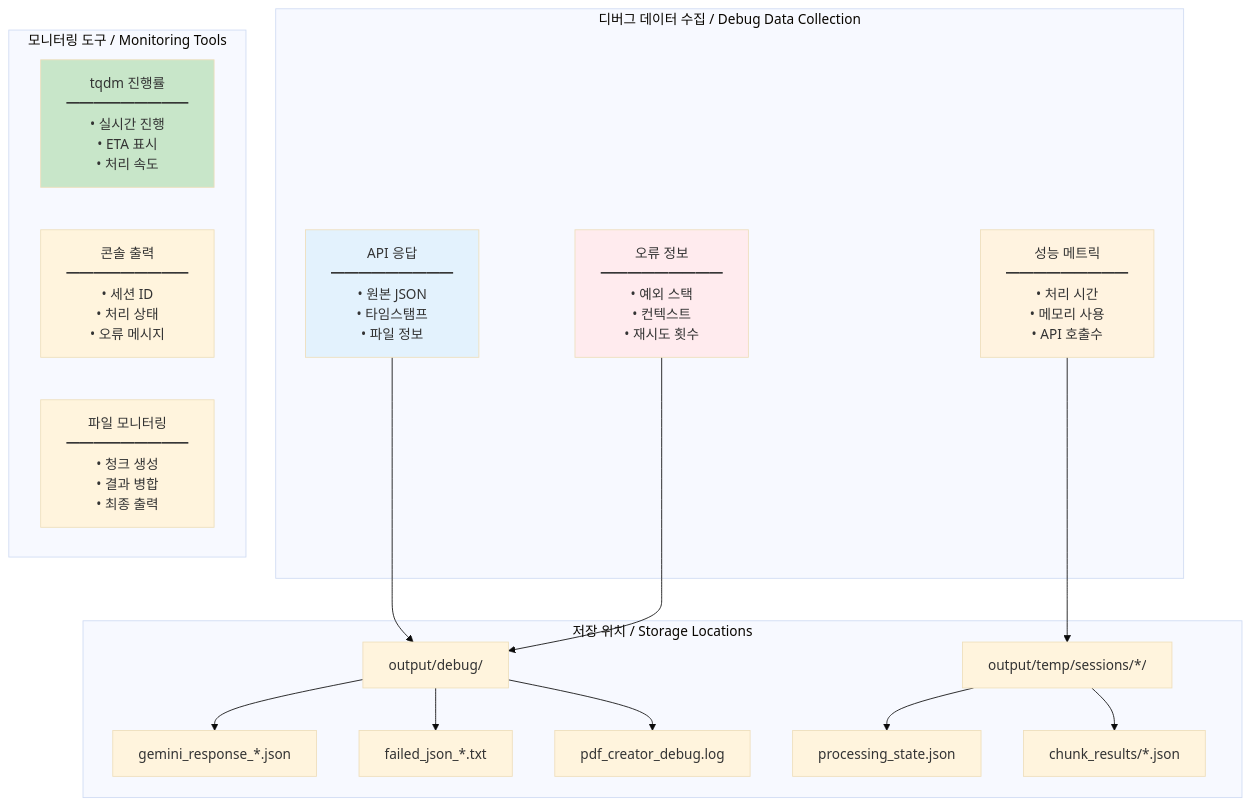
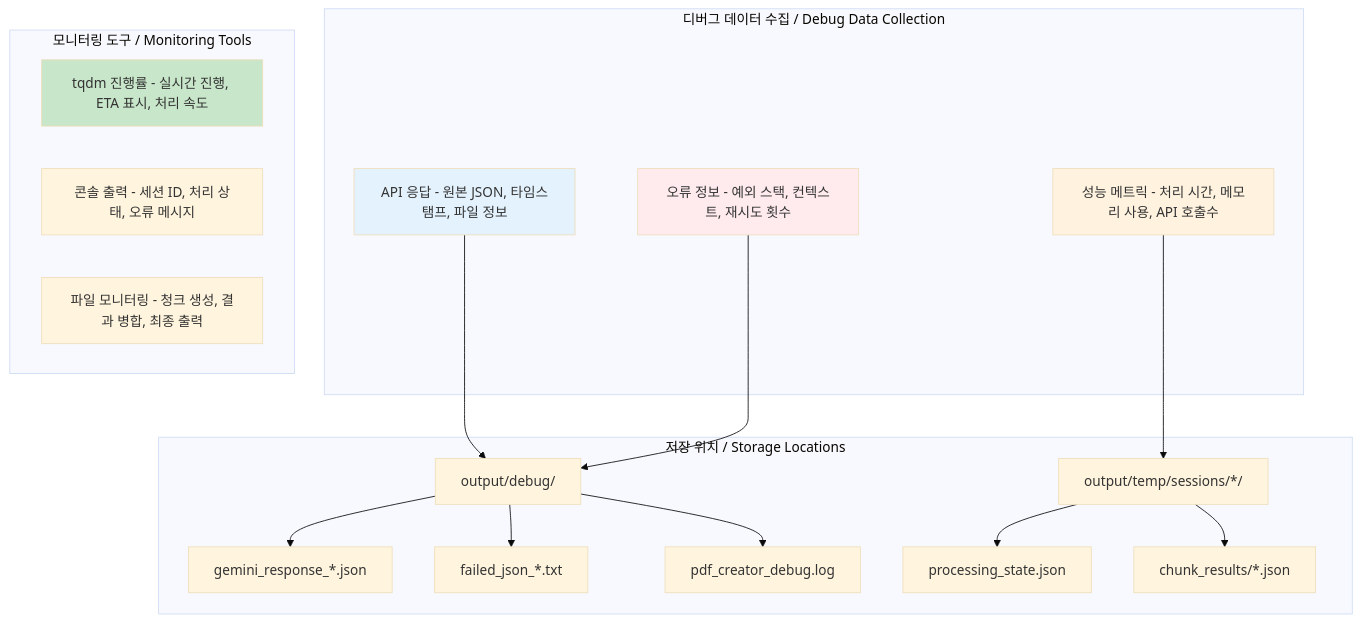
Diagram 24 of 39 in architecture.md (ksw6895/jokbodude), drawn with Mermaid (base theme) before and after one commit. The commit also changed other lines of this file, not shown here.

First line of the commit message:
fix: architecture.md Mermaid 다이어그램 파싱 오류 수정

````diff
--- a/architecture.md
+++ b/architecture.md
@@ -1259,34 +1259,34 @@
 ```mermaid
 graph TB
     subgraph "디버그 데이터 수집 / Debug Data Collection"
-        API[API 응답<br/>━━━━━━━━━<br/>• 원본 JSON<br/>• 타임스탬프<br/>• 파일 정보]
-        ERROR[오류 정보<br/>━━━━━━━━━<br/>• 예외 스택<br/>• 컨텍스트<br/>• 재시도 횟수]
-        PERF[성능 메트릭<br/>━━━━━━━━━<br/>• 처리 시간<br/>• 메모리 사용<br/>• API 호출수]
+        API[API 응답 - 원본 JSON, 타임스탬프, 파일 정보]
+        ERROR[오류 정보 - 예외 스택, 컨텍스트, 재시도 횟수]
+        PERF[성능 메트릭 - 처리 시간, 메모리 사용, API 호출수]
     end
     
     subgraph "저장 위치 / Storage Locations"
         DEBUG_DIR[output/debug/]
         DEBUG_DIR --> RESP[gemini_response_*.json]
         DEBUG_DIR --> FAIL[failed_json_*.txt]
         DEBUG_DIR --> LOG[pdf_creator_debug.log]
         
         SESSION_DIR[output/temp/sessions/*/]
         SESSION_DIR --> STATE[processing_state.json]
         SESSION_DIR --> CHUNK[chunk_results/*.json]
     end
     
     subgraph "모니터링 도구 / Monitoring Tools"
-        TQDM[tqdm 진행률<br/>━━━━━━━━━<br/>• 실시간 진행<br/>• ETA 표시<br/>• 처리 속도]
-        CONSOLE[콘솔 출력<br/>━━━━━━━━━<br/>• 세션 ID<br/>• 처리 상태<br/>• 오류 메시지]
-        FILES[파일 모니터링<br/>━━━━━━━━━<br/>• 청크 생성<br/>• 결과 병합<br/>• 최종 출력]
+        TQDM[tqdm 진행률 - 실시간 진행, ETA 표시, 처리 속도]
+        CONSOLE[콘솔 출력 - 세션 ID, 처리 상태, 오류 메시지]
+        FILES[파일 모니터링 - 청크 생성, 결과 병합, 최종 출력]
     end
     
     API --> DEBUG_DIR
     ERROR --> DEBUG_DIR
     PERF --> SESSION_DIR
     
     style API fill:#e3f2fd
     style ERROR fill:#ffebee
     style PERF fill:#fff3e0
     style TQDM fill:#c8e6c9
 ```
````
